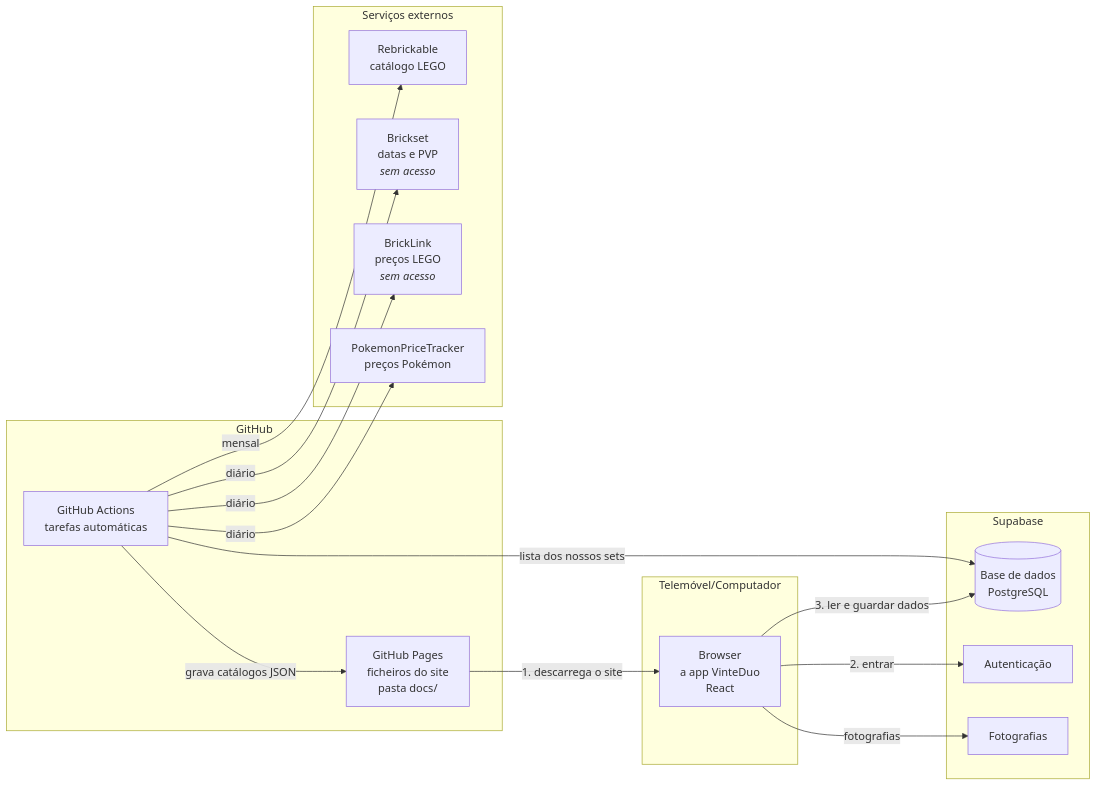
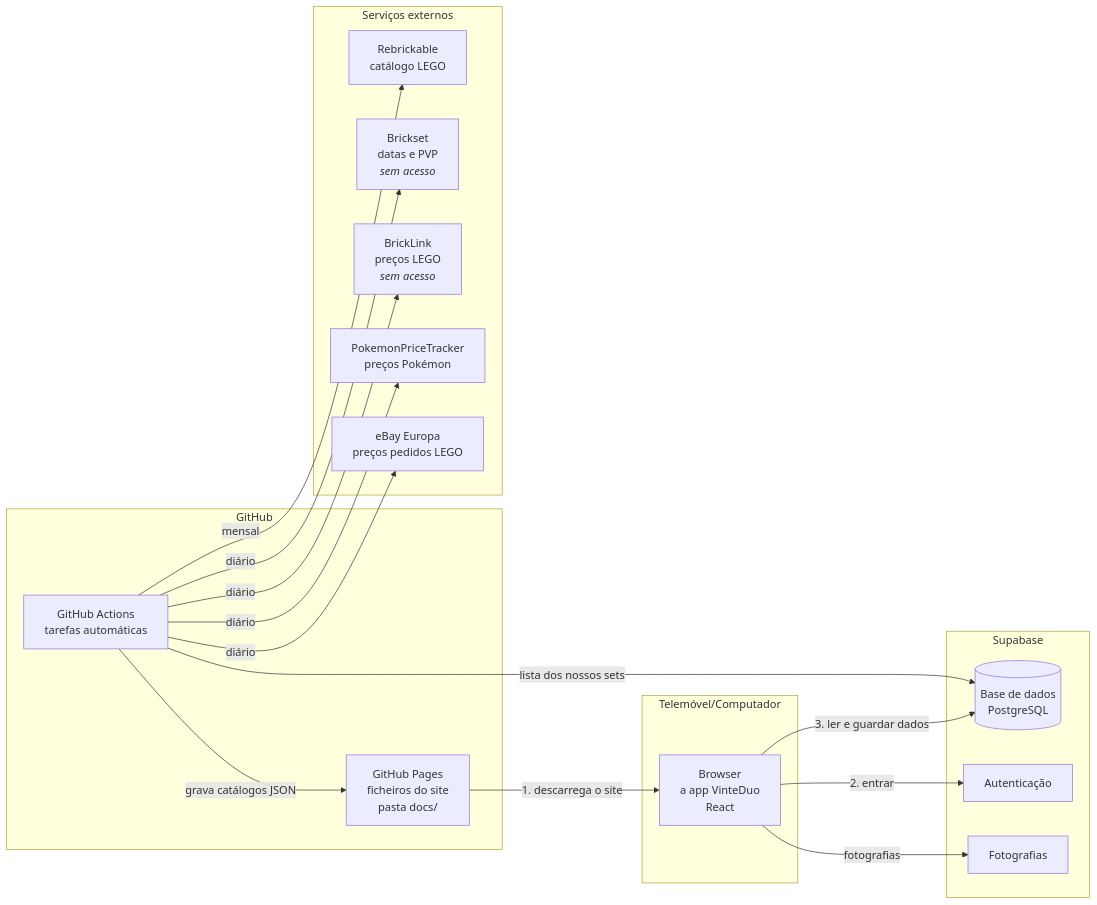
Before and after one commit to RicardoMarquesCardoso/gestao-vinted: the first of 4 diagrams in README.md, drawn with Mermaid. The commit also changed other lines of this file and 10 other files, not shown here.

First line of the commit message:
Preços LEGO do eBay europeu (Browse API, grátis) como referência, com desconto sobre o preço pedido

````diff
--- a/README.md
+++ b/README.md
@@ -48,30 +48,31 @@
 ```mermaid
 flowchart LR
   subgraph Telemóvel/Computador
     A[Browser<br/>a app VinteDuo<br/>React]
   end
   subgraph GitHub
     P[GitHub Pages<br/>ficheiros do site<br/>pasta docs/]
     G[GitHub Actions<br/>tarefas automáticas]
   end
   subgraph Supabase
     DB[(Base de dados<br/>PostgreSQL)]
     AU[Autenticação]
     ST[Fotografias]
   end
   subgraph Serviços externos
     RB[Rebrickable<br/>catálogo LEGO]
     BS[Brickset<br/>datas e PVP<br/><i>sem acesso</i>]
     BL[BrickLink<br/>preços LEGO<br/><i>sem acesso</i>]
     PT[PokemonPriceTracker<br/>preços Pokémon]
+    EB[eBay Europa<br/>preços pedidos LEGO]
   end
 
   P -- "1. descarrega o site" --> A
   A -- "2. entrar" --> AU
   A -- "3. ler e guardar dados" --> DB
   A -- fotografias --> ST
   G -- "mensal" --> RB
-  G -- "diário" --> BS & BL & PT
+  G -- "diário" --> EB & PT & BS & BL
   G -- "grava catálogos JSON" --> P
   G -- "lista dos nossos sets" --> DB
 ```
````
